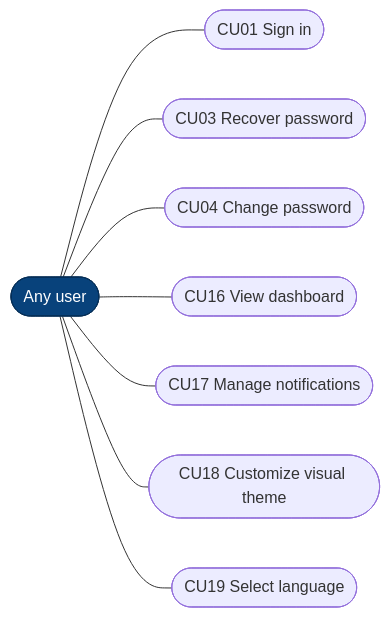
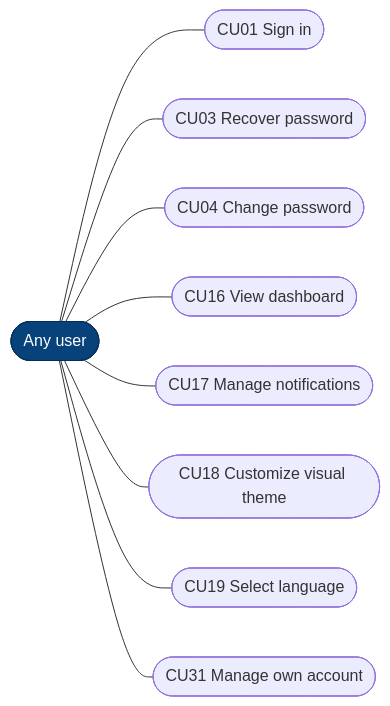
The first of 26 diagrams in 02_DOCUMENTACION_DE_ANALISIS_DEL_SOFTWARE/EN/MD/software-analysis-documentation.md (BrayanCABRERA123/lavarapido-docs), drawn with Mermaid before and after one commit. The commit also changed other lines of this file and 1 other file, not shown here.

Commit message:
docs(analysis): add CU31 and CU32, the password recovery sequence and the user account states

````diff
--- a/02_DOCUMENTACION_DE_ANALISIS_DEL_SOFTWARE/EN/MD/software-analysis-documentation.md
+++ b/02_DOCUMENTACION_DE_ANALISIS_DEL_SOFTWARE/EN/MD/software-analysis-documentation.md
@@ -38,22 +38,24 @@
 ```mermaid
 flowchart LR
     Usuario(["Any user"])
     CU01(["CU01 Sign in"])
     CU03(["CU03 Recover password"])
     CU04(["CU04 Change password"])
     CU16(["CU16 View dashboard"])
     CU17(["CU17 Manage notifications"])
     CU18(["CU18 Customize visual theme"])
     CU19(["CU19 Select language"])
+    CU31(["CU31 Manage own account"])
 
     Usuario --- CU01
     Usuario --- CU03
     Usuario --- CU04
     Usuario --- CU16
     Usuario --- CU17
     Usuario --- CU18
     Usuario --- CU19
+    Usuario --- CU31
 
     classDef actor fill:#08427b,color:#fff,stroke:#052e56
     class Usuario actor
 ```
````
